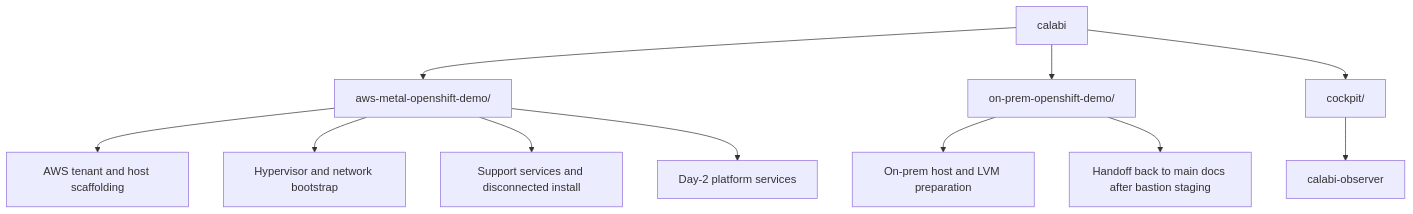
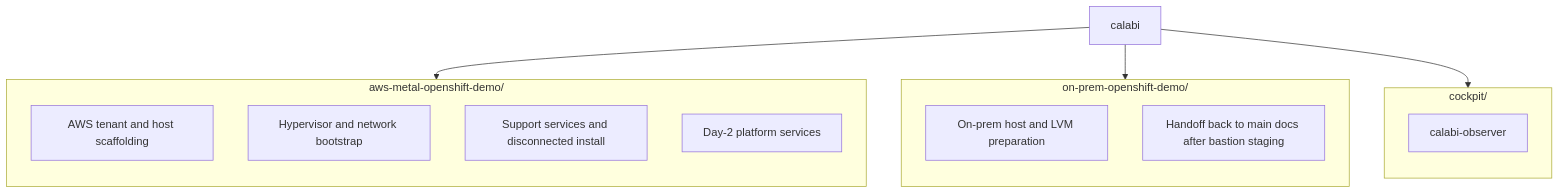
The diagram in README.md (gprocunier/calabi), drawn with Mermaid before and after one commit. The commit also changed 1 other file, not shown here.

Commit message:
Tune Mermaid rendering for root layout

````diff
--- a/README.md
+++ b/README.md
@@ -79,18 +79,27 @@
 ```mermaid
 flowchart TD
     root[calabi]
 
-    root --> awsdocs[aws-metal-openshift-demo/]
-    root --> onpremdocs[on-prem-openshift-demo/]
-    root --> cockpit[cockpit/]
+    root --> awsgrp
+    root --> onpremgrp
+    root --> cockpitgrp
 
-    awsdocs --> aws1[AWS tenant and host scaffolding]
-    awsdocs --> aws2[Hypervisor and network bootstrap]
-    awsdocs --> aws3[Support services and disconnected install]
-    awsdocs --> aws4[Day-2 platform services]
+    subgraph awsgrp["aws-metal-openshift-demo/"]
+        direction TB
+        aws1[AWS tenant and host scaffolding]
+        aws2[Hypervisor and network bootstrap]
+        aws3[Support services and disconnected install]
+        aws4[Day-2 platform services]
+    end
 
-    onpremdocs --> onprem1[On-prem host and LVM preparation]
-    onpremdocs --> onprem2[Handoff back to main docs after bastion staging]
+    subgraph onpremgrp["on-prem-openshift-demo/"]
+        direction TB
+        onprem1[On-prem host and LVM preparation]
+        onprem2[Handoff back to main docs after bastion staging]
+    end
 
-    cockpit --> observer[calabi-observer]
+    subgraph cockpitgrp["cockpit/"]
+        direction TB
+        observer[calabi-observer]
+    end
 ```
````
